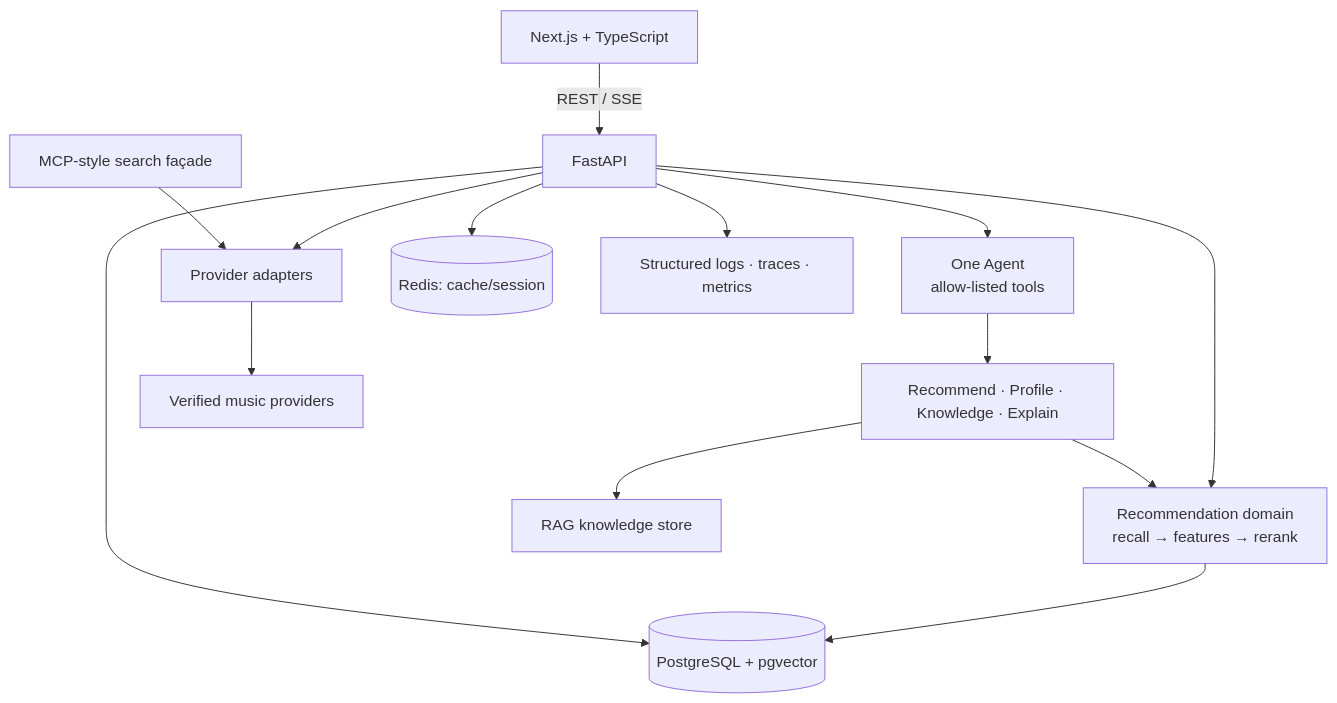
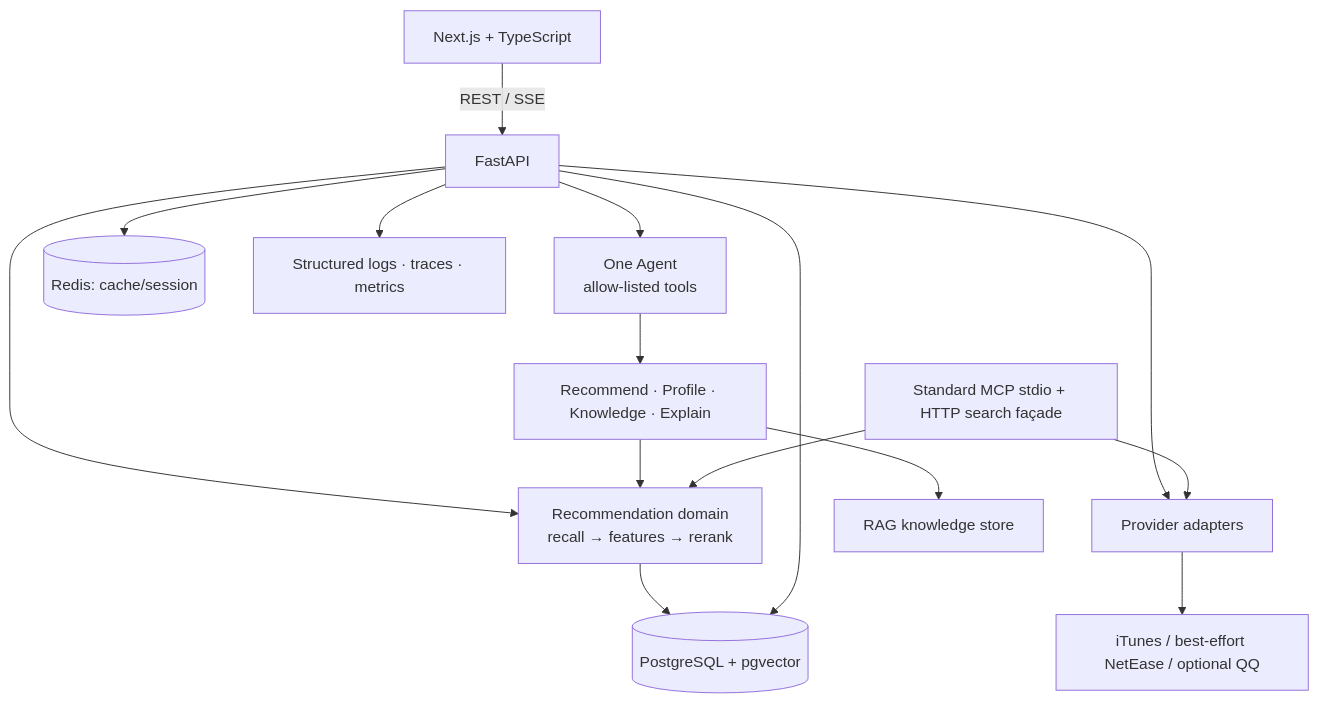
One commit to jiangking22/music_recommendation_system changed the second of 3 diagrams in ARCHITECTURE.md. Above: the diagram before and after it, drawn with Mermaid. The commit also changed other lines of this file and 42 other files, not shown here.

````diff
--- a/ARCHITECTURE.md
+++ b/ARCHITECTURE.md
@@ -69,16 +69,17 @@
 ```mermaid
 flowchart TB
   Web[Next.js + TypeScript] -->|REST / SSE| API[FastAPI]
   API --> Rec[Recommendation domain\nrecall → features → rerank]
   API --> Agent[One Agent\nallow-listed tools]
   API --> Providers[Provider adapters]
   Rec --> PG[(PostgreSQL + pgvector)]
   API --> PG
   API --> Redis[(Redis: cache/session)]
   Agent --> Tools[Recommend · Profile · Knowledge · Explain]
   Tools --> Rec
   Tools --> Knowledge[RAG knowledge store]
-  MCP[MCP-style search façade] --> Providers
-  Providers --> Sources[Verified music providers]
+  MCP[Standard MCP stdio + HTTP search façade] --> Providers
+  MCP --> Rec
+  Providers --> Sources[iTunes / best-effort NetEase / optional QQ]
   API --> Obs[Structured logs · traces · metrics]
 ```
````
